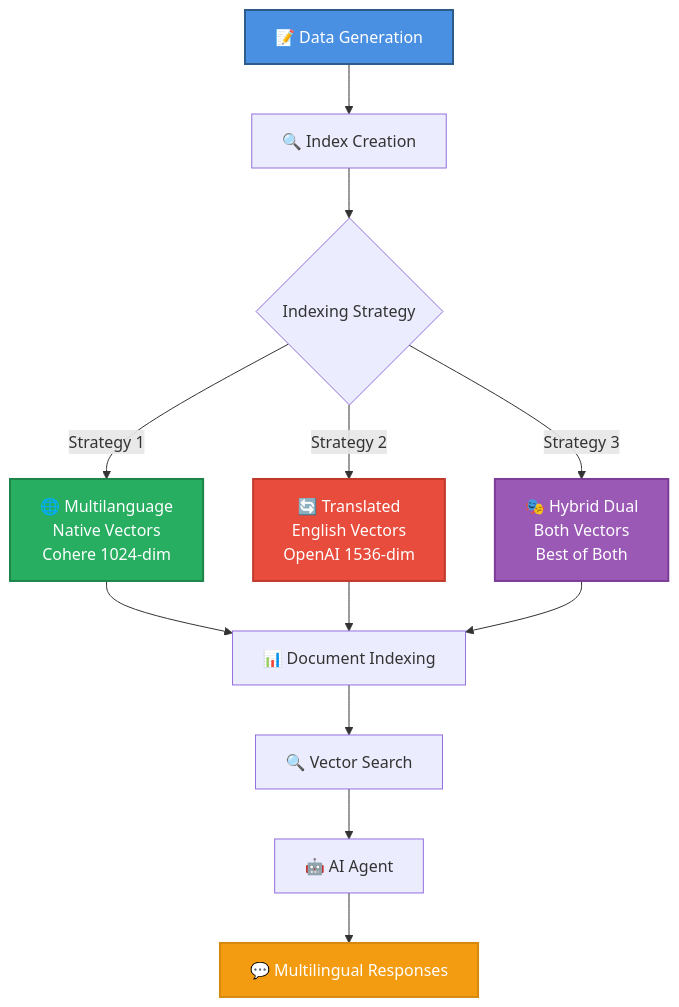
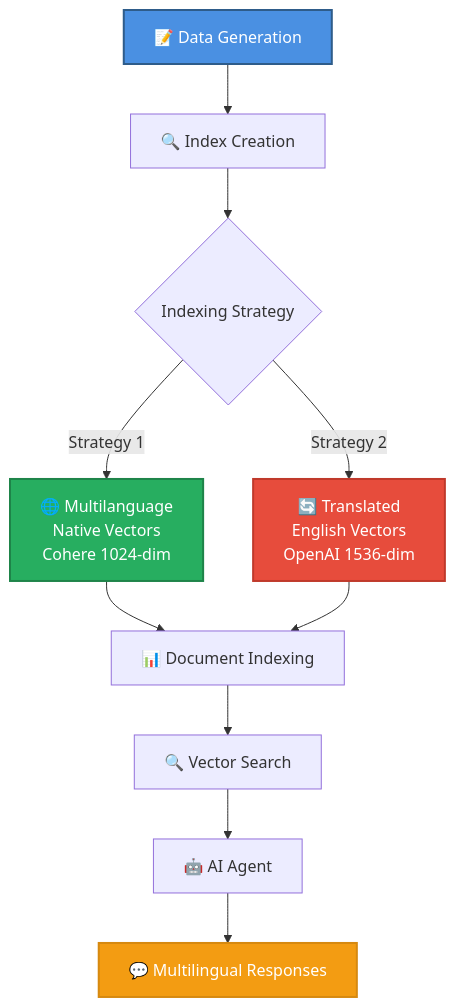
One commit to hugogirard/RagMultilanguageDemo changed the first of 6 diagrams in README.md. Above: the diagram before and after it, drawn with Mermaid. The commit also changed other lines of this file and 5 other files, not shown here.

````diff
--- a/README.md
+++ b/README.md
@@ -19,23 +19,20 @@
 ```mermaid
 graph TB
     A[📝 Data Generation] --> B[🔍 Index Creation]
     B --> C{Indexing Strategy}
     
     C -->|Strategy 1| D[🌐 Multilanguage<br/>Native Vectors<br/>Cohere 1024-dim]
     C -->|Strategy 2| E[🔄 Translated<br/>English Vectors<br/>OpenAI 1536-dim]
-    C -->|Strategy 3| F[🎭 Hybrid Dual<br/>Both Vectors<br/>Best of Both]
     
     D --> G[📊 Document Indexing]
     E --> G
-    F --> G
     
     G --> H[🔍 Vector Search]
     H --> I[🤖 AI Agent]
     I --> J[💬 Multilingual Responses]
     
     style A fill:#4A90E2,stroke:#2E5C8A,stroke-width:2px,color:#fff
     style D fill:#27AE60,stroke:#1E8449,stroke-width:2px,color:#fff
     style E fill:#E74C3C,stroke:#C0392B,stroke-width:2px,color:#fff
-    style F fill:#9B59B6,stroke:#7D3C98,stroke-width:2px,color:#fff
     style J fill:#F39C12,stroke:#D68910,stroke-width:2px,color:#fff
 ```
````
